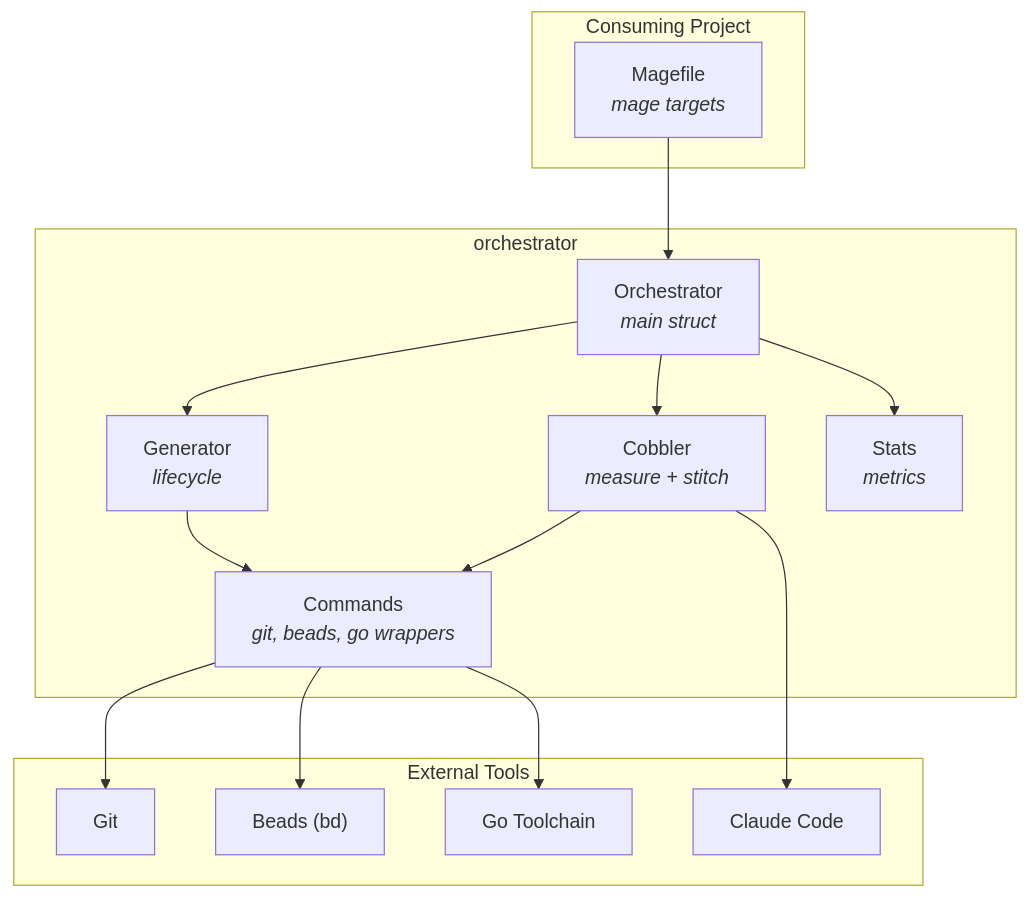
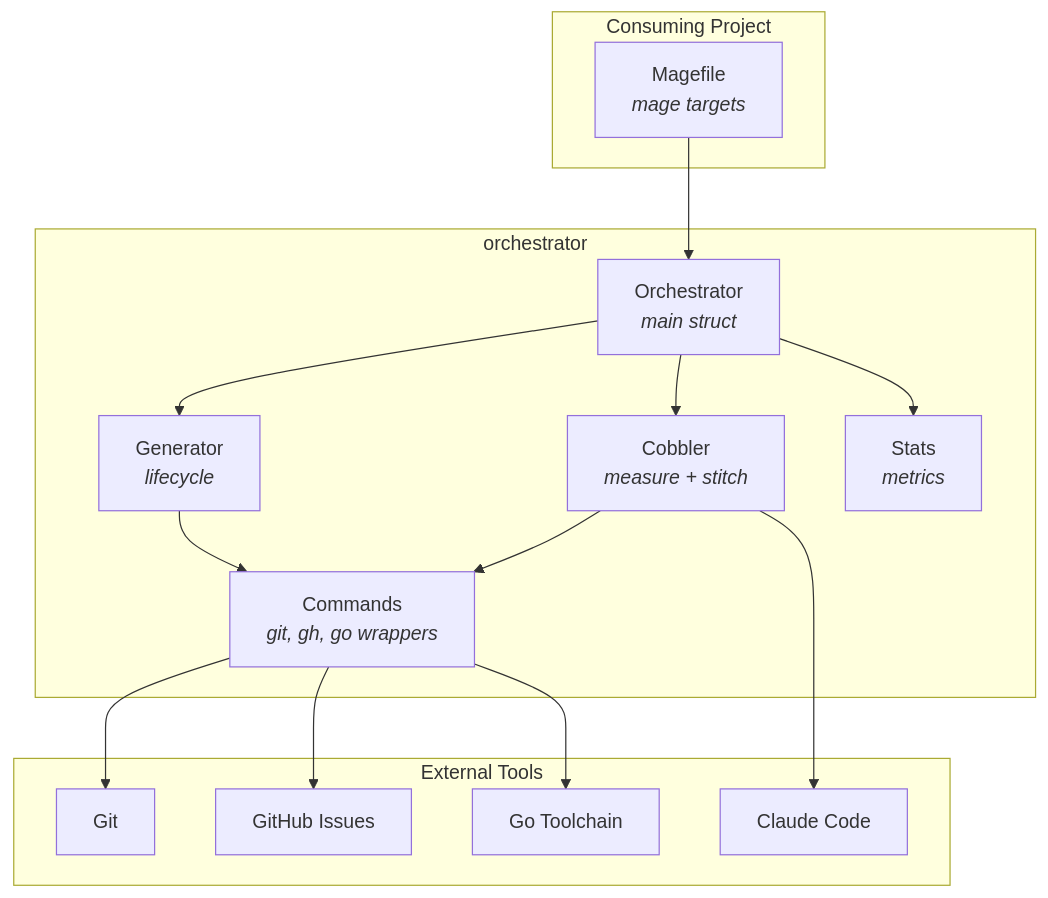
One commit to petar-djukic/cobbler-scaffold changed the diagram in README.md. Above: the diagram before and after it, drawn with Mermaid. The commit also changed other lines of this file and 17 other files, not shown here.

````diff
--- a/README.md
+++ b/README.md
@@ -19,32 +19,32 @@
 ```mermaid
 graph TD
     subgraph CP["Consuming Project"]
         Magefile["Magefile\n<i>mage targets</i>"]
     end
 
     subgraph ORCH["orchestrator"]
         Orchestrator["Orchestrator\n<i>main struct</i>"]
         Generator["Generator\n<i>lifecycle</i>"]
         Cobbler["Cobbler\n<i>measure + stitch</i>"]
-        Commands["Commands\n<i>git, beads, go wrappers</i>"]
+        Commands["Commands\n<i>git, gh, go wrappers</i>"]
         Stats["Stats\n<i>metrics</i>"]
     end
 
     subgraph EXT["External Tools"]
         Git
         ClaudeCode["Claude Code"]
-        Beads["Beads (bd)"]
+        GitHubIssues["GitHub Issues"]
         GoToolchain["Go Toolchain"]
     end
 
     Magefile --> Orchestrator
     Orchestrator --> Generator
     Orchestrator --> Cobbler
     Orchestrator --> Stats
     Generator --> Commands
     Cobbler --> Commands
     Cobbler --> ClaudeCode
     Commands --> Git
-    Commands --> Beads
+    Commands --> GitHubIssues
     Commands --> GoToolchain
 ```
````
